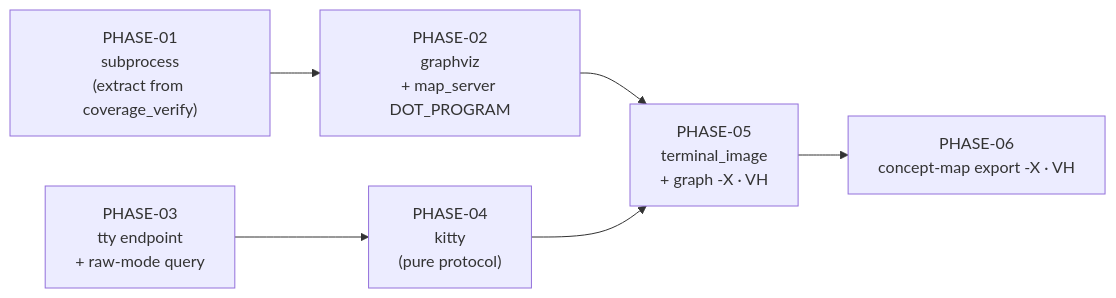
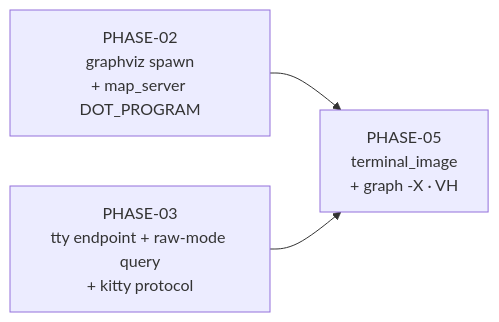
Before and after one commit to davidlee/doctrine: the diagram in .doctrine/slice/245/plan.md, drawn with Mermaid. The commit also changed other lines of this file and 14 other files, not shown here.

First line of the commit message:
plan(SL-245): scope cut — graph -X only, no CLI render timeout; defer IMP-451, IMP-452, CHR-072

````diff
--- a/.doctrine/slice/245/plan.md
+++ b/.doctrine/slice/245/plan.md
@@ -15,8 +14,5 @@
 ```mermaid
 flowchart LR
-  P1["PHASE-01<br/>subprocess<br/>(extract from coverage_verify)"] --> P2["PHASE-02<br/>graphviz<br/>+ map_server DOT_PROGRAM"]
-  P3["PHASE-03<br/>tty endpoint<br/>+ raw-mode query"] --> P4["PHASE-04<br/>kitty<br/>(pure protocol)"]
-  P2 --> P5["PHASE-05<br/>terminal_image<br/>+ graph -X · VH"]
-  P4 --> P5
-  P5 --> P6["PHASE-06<br/>concept-map export -X · VH"]
+  P2["PHASE-02<br/>graphviz spawn<br/>+ map_server DOT_PROGRAM"] --> P5["PHASE-05<br/>terminal_image<br/>+ graph -X · VH"]
+  P3["PHASE-03<br/>tty endpoint + raw-mode query<br/>+ kitty protocol"] --> P5
 ```
````
